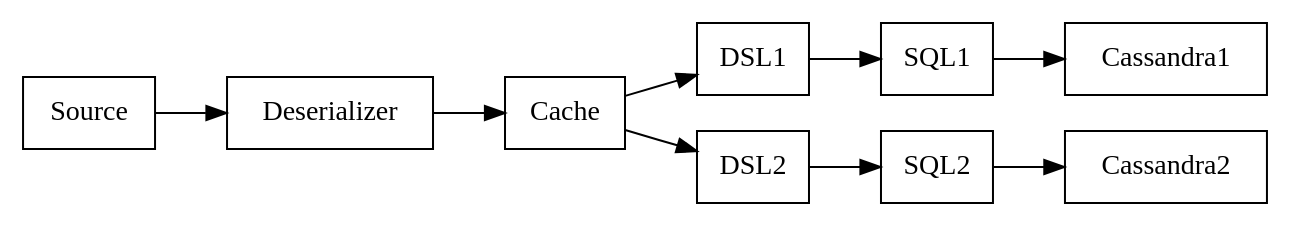
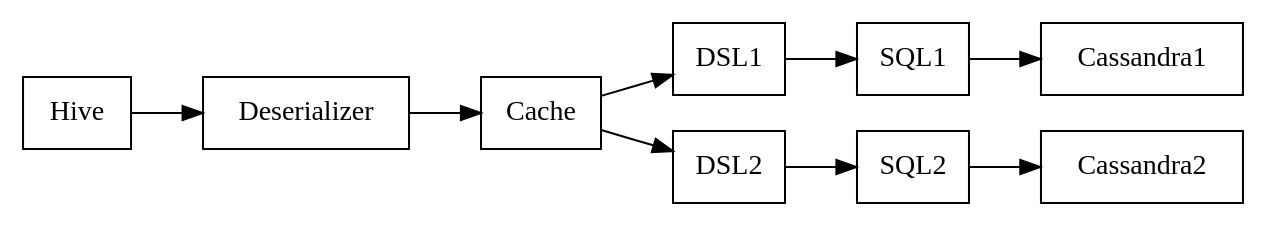
One commit to music-of-the-ainur/almaren-framework changed the second of 3 diagrams in docs/images.org. Above: the diagram before and after it, drawn with Graphviz. The commit also changed other lines of this file and 2 other files, not shown here.

```diff
--- a/docs/images.org
+++ b/docs/images.org
@@ -12,8 +12,8 @@
 #+BEGIN_SRC dot :file images/example2.png :cmdline -Kdot -Tpng
   digraph G{
       rankdir=LR node [shape=box, color=black]
-      Source -> Deserializer -> Cache
+      Hive -> Deserializer -> Cache
       Cache -> DSL1 -> SQL1 -> Cassandra1
       Cache -> DSL2 -> SQL2 -> Cassandra2
   } 
 #+END_SRC
```
